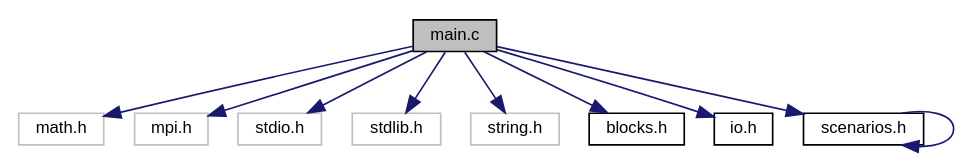
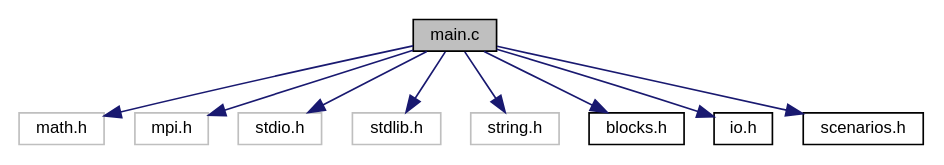
Before and after one commit to john-wigg/pc-projekt: the diagram in docs/main_8c__incl.dot, drawn with Graphviz. The commit also changed 41 other files, not shown here.

```diff
--- a/docs/main_8c__incl.dot
+++ b/docs/main_8c__incl.dot
@@ -1,23 +1,22 @@
 digraph "main.c"
 {
   edge [fontname="Helvetica",fontsize="10",labelfontname="Helvetica",labelfontsize="10"];
   node [fontname="Helvetica",fontsize="10",shape=record];
   Node0 [label="main.c",height=0.2,width=0.4,color="black", fillcolor="grey75", style="filled", fontcolor="black"];
   Node0 -> Node1 [color="midnightblue",fontsize="10",style="solid",fontname="Helvetica"];
   Node1 [label="math.h",height=0.2,width=0.4,color="grey75", fillcolor="white", style="filled"];
   Node0 -> Node2 [color="midnightblue",fontsize="10",style="solid",fontname="Helvetica"];
   Node2 [label="mpi.h",height=0.2,width=0.4,color="grey75", fillcolor="white", style="filled"];
   Node0 -> Node3 [color="midnightblue",fontsize="10",style="solid",fontname="Helvetica"];
   Node3 [label="stdio.h",height=0.2,width=0.4,color="grey75", fillcolor="white", style="filled"];
   Node0 -> Node4 [color="midnightblue",fontsize="10",style="solid",fontname="Helvetica"];
   Node4 [label="stdlib.h",height=0.2,width=0.4,color="grey75", fillcolor="white", style="filled"];
   Node0 -> Node5 [color="midnightblue",fontsize="10",style="solid",fontname="Helvetica"];
   Node5 [label="string.h",height=0.2,width=0.4,color="grey75", fillcolor="white", style="filled"];
   Node0 -> Node6 [color="midnightblue",fontsize="10",style="solid",fontname="Helvetica"];
   Node6 [label="blocks.h",height=0.2,width=0.4,color="black", fillcolor="white", style="filled",URL="$blocks_8h.html",tooltip="Methoden zur Arbeit mit Gitterblöcken. "];
   Node0 -> Node7 [color="midnightblue",fontsize="10",style="solid",fontname="Helvetica"];
   Node7 [label="io.h",height=0.2,width=0.4,color="black", fillcolor="white", style="filled",URL="$io_8h.html",tooltip="Methoden für Input und Output. "];
   Node0 -> Node8 [color="midnightblue",fontsize="10",style="solid",fontname="Helvetica"];
-  Node8 [label="scenarios.h",height=0.2,width=0.4,color="black", fillcolor="white", style="filled",URL="$scenarios_8h_source.html"];
-  Node8 -> Node8 [color="midnightblue",fontsize="10",style="solid",fontname="Helvetica"];
+  Node8 [label="scenarios.h",height=0.2,width=0.4,color="black", fillcolor="white", style="filled",URL="$scenarios_8h.html",tooltip="Funktionen zur Initialisierung der Gitterblöcke mit verschiendenen Anfangs-/ Randbedingungen. "];
 }
```
